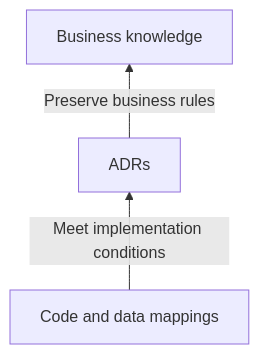
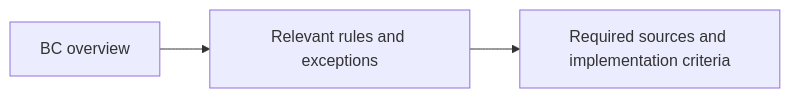
The second of 3 diagrams in _en/2026-11-05-enterprise-wide-ax-essentials.md (haandol/haandol.github.com), drawn with Mermaid before and after one commit. The commit also changed other lines of this file and 1 other file, not shown here.

````diff
--- a/_en/2026-11-05-enterprise-wide-ax-essentials.md
+++ b/_en/2026-11-05-enterprise-wide-ax-essentials.md
@@ -172,5 +108,5 @@
 ```mermaid
-flowchart BT
-  I["Code and data mappings"] -->|"Meet implementation conditions"| A["ADRs"]
-  A -->|"Preserve business rules"| B["Business knowledge"]
+flowchart LR
+  B["BC overview"] --> R["Relevant rules and exceptions"]
+  R --> E["Required sources and implementation criteria"]
 ```
````
